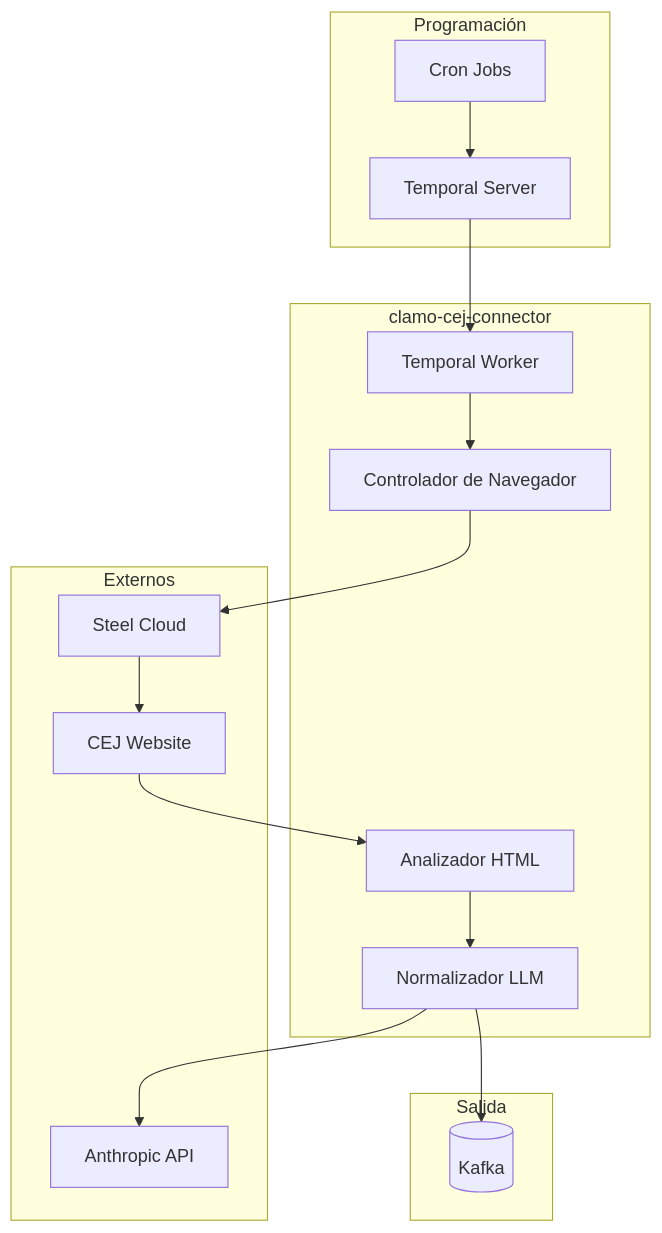
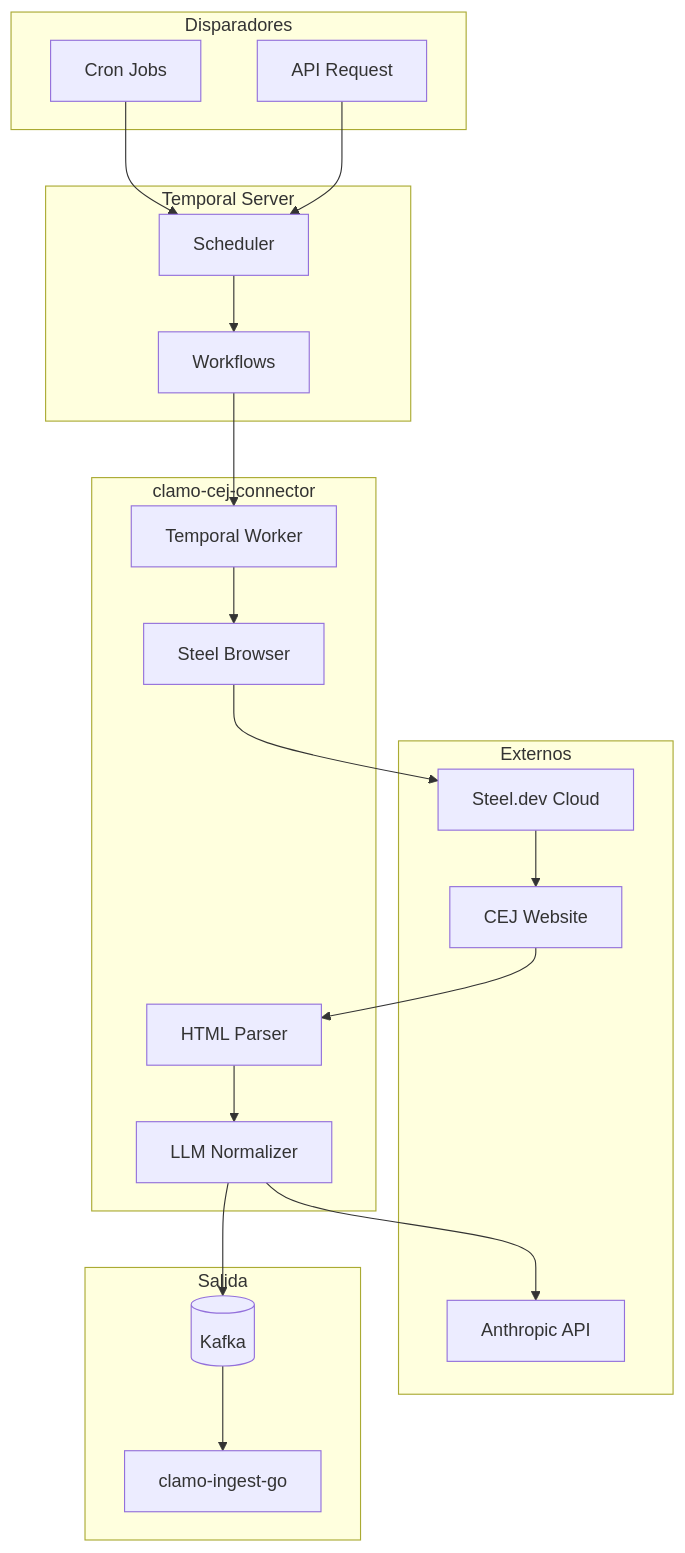
The diagram in es/servicios/clamo-cej-connector.mdx (GetClamo/docs), drawn with Mermaid before and after one commit. The commit also changed other lines of this file and 10 other files, not shown here.

````diff
--- a/es/servicios/clamo-cej-connector.mdx
+++ b/es/servicios/clamo-cej-connector.mdx
@@ -22,34 +23,43 @@
 ```mermaid
 flowchart TB
-    subgraph Scheduler [Programación]
+    subgraph Trigger [Disparadores]
         Cron[Cron Jobs]
-        Temporal[Temporal Server]
+        API[API Request]
+    end
+    
+    subgraph Temporal [Temporal Server]
+        Scheduler[Scheduler]
+        Workflows[Workflows]
     end
     
     subgraph Connector [clamo-cej-connector]
         Worker[Temporal Worker]
-        Browser[Controlador de Navegador]
-        Parser[Analizador HTML]
-        Normalizer[Normalizador LLM]
+        Browser[Steel Browser]
+        Parser[HTML Parser]
+        Normalizer[LLM Normalizer]
     end
     
     subgraph External [Externos]
-        Steel[Steel Cloud]
+        Steel[Steel.dev Cloud]
         CEJ[CEJ Website]
         Anthropic[Anthropic API]
     end
     
     subgraph Output [Salida]
         Kafka[(Kafka)]
+        IngestGo[clamo-ingest-go]
     end
     
-    Cron --> Temporal
-    Temporal --> Worker
+    Cron --> Scheduler
+    API --> Scheduler
+    Scheduler --> Workflows
+    Workflows --> Worker
     Worker --> Browser
     Browser --> Steel
     Steel --> CEJ
     CEJ --> Parser
     Parser --> Normalizer
     Normalizer --> Anthropic
     Normalizer --> Kafka
+    Kafka --> IngestGo
 ```
````
